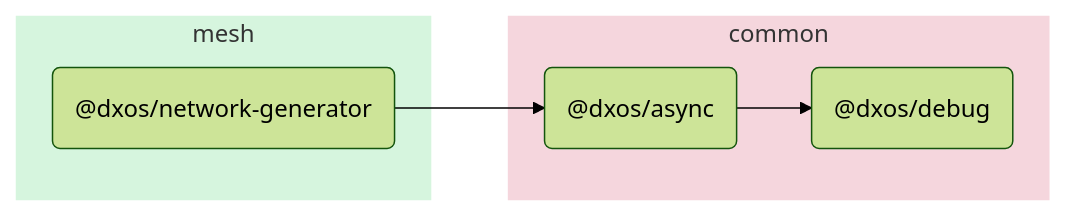
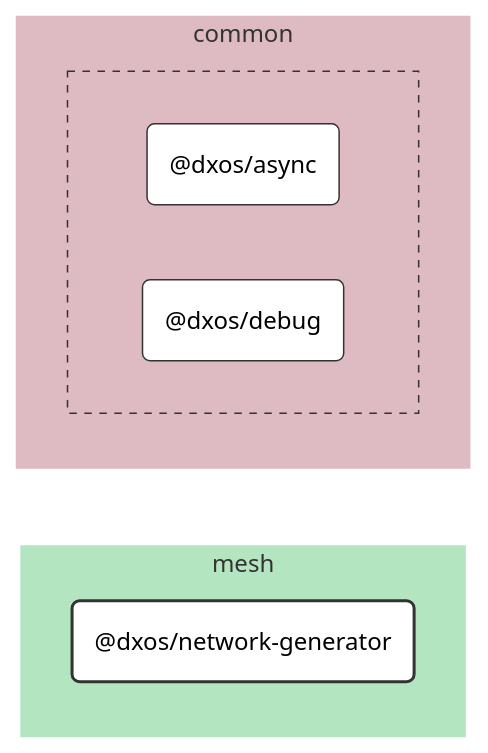
One commit to dxos/dxos changed the diagram in packages/mesh/network-generator/docs/README.md. Above: the diagram before and after it, drawn with Mermaid (forest theme). The commit also changed other lines of this file and 109 other files, not shown here.

````diff
--- a/packages/mesh/network-generator/docs/README.md
+++ b/packages/mesh/network-generator/docs/README.md
@@ -5,17 +7,41 @@
 ```mermaid
-flowchart LR;
+%%{ init: {'flowchart':{'curve':'basis'}} }%%
 
+flowchart LR
+
+%% Links
+
+%% Sections
 subgraph mesh
-  style mesh fill:#d6f5de,stroke:#fff;
-  dxos/network-generator("@dxos/network-generator");
+  style mesh fill:#b3e6c0,stroke:#fff;
+
+  dxos/network-generator("@dxos/network-generator")
 end
 
 subgraph common
-  style common fill:#f5d6dd,stroke:#fff;
-  dxos/async("@dxos/async");
-  dxos/debug("@dxos/debug");
+  style common fill:#debac2,stroke:#fff;
+
+
+  subgraph common-excluded [ ]
+    style common-excluded fill:#debac2,stroke:#333,stroke-dasharray:5 5;
+
+    dxos/async("@dxos/async")
+    dxos/debug("@dxos/debug")
+  end
 end
 
-dxos/network-generator --> dxos/async;
-dxos/async --> dxos/debug;
+
+%% Hyperlinks
+click dxos/async href "https:/github.com/dxos/dxos/tree/main/packages/common/async/docs";
+click dxos/debug href "https:/github.com/dxos/dxos/tree/main/packages/common/debug/docs";
+
+%% Styles
+classDef rootNode fill:#fff,stroke:#333,stroke-width:2px
+classDef defaultNode fill:#fff,stroke:#333,stroke-width:1px
+linkStyle default stroke:#333,stroke-width:1px
+
+dxos/network-generator:::rootNode
+
+dxos/async:::defaultNode
+dxos/debug:::defaultNode
 ```
````
